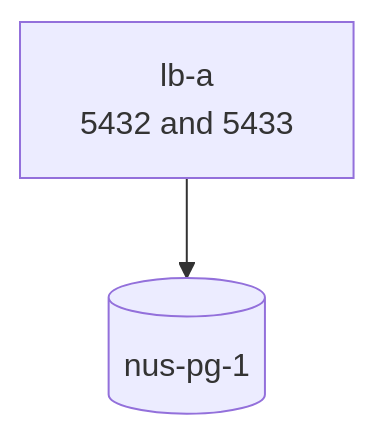
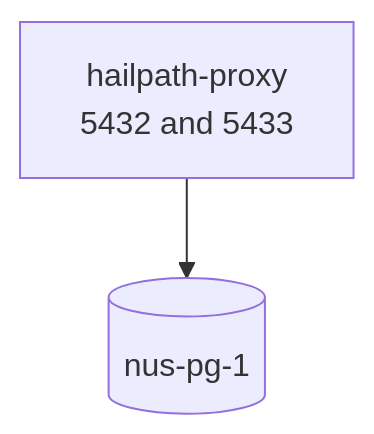
One commit to bahman-farhadian/Meanul-Data-Studio changed the fifth of 9 diagrams in README.md. Above: the diagram before and after it, drawn with Mermaid. The commit also changed other lines of this file and 90 other files, not shown here.

````diff
--- a/README.md
+++ b/README.md
@@ -301,7 +301,7 @@
 ```mermaid
 graph TB
-    HAP["lb-a<br/>5432 and 5433"]
+    HAP["hailpath-proxy<br/>5432 and 5433"]
     PG[("nus-pg-1")]
 
     HAP --> PG
 ```
````
